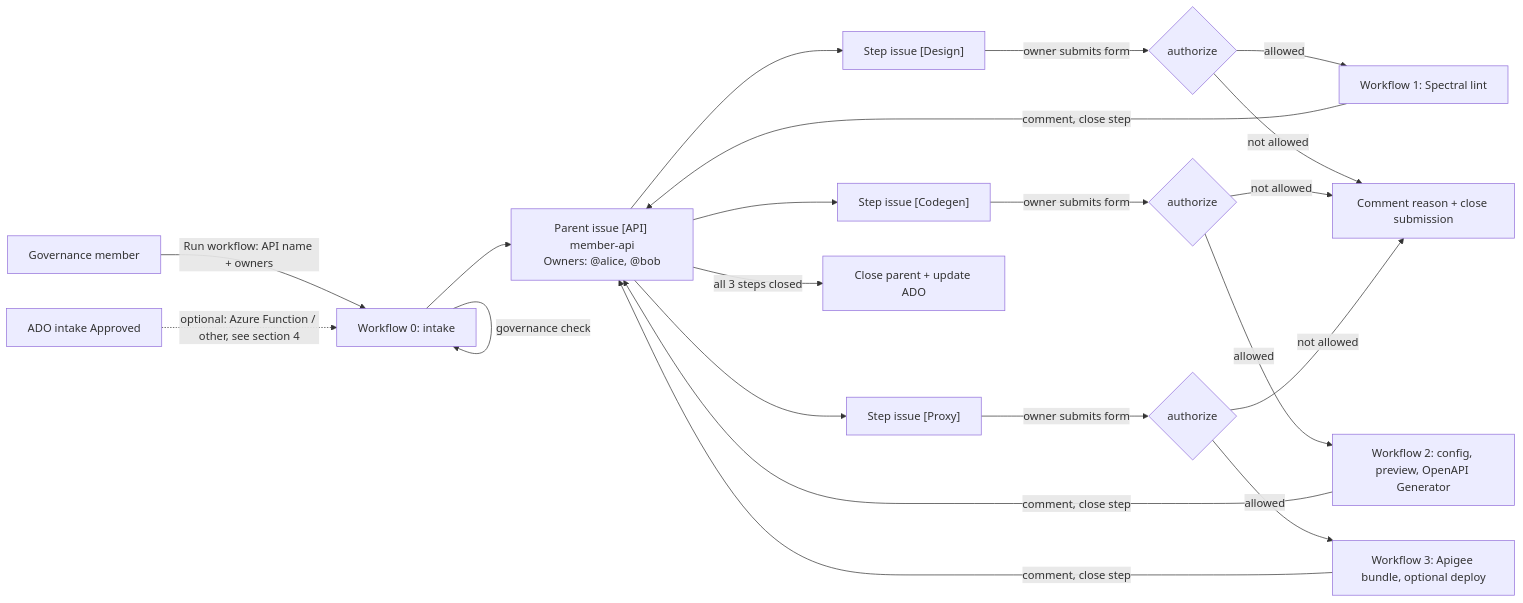
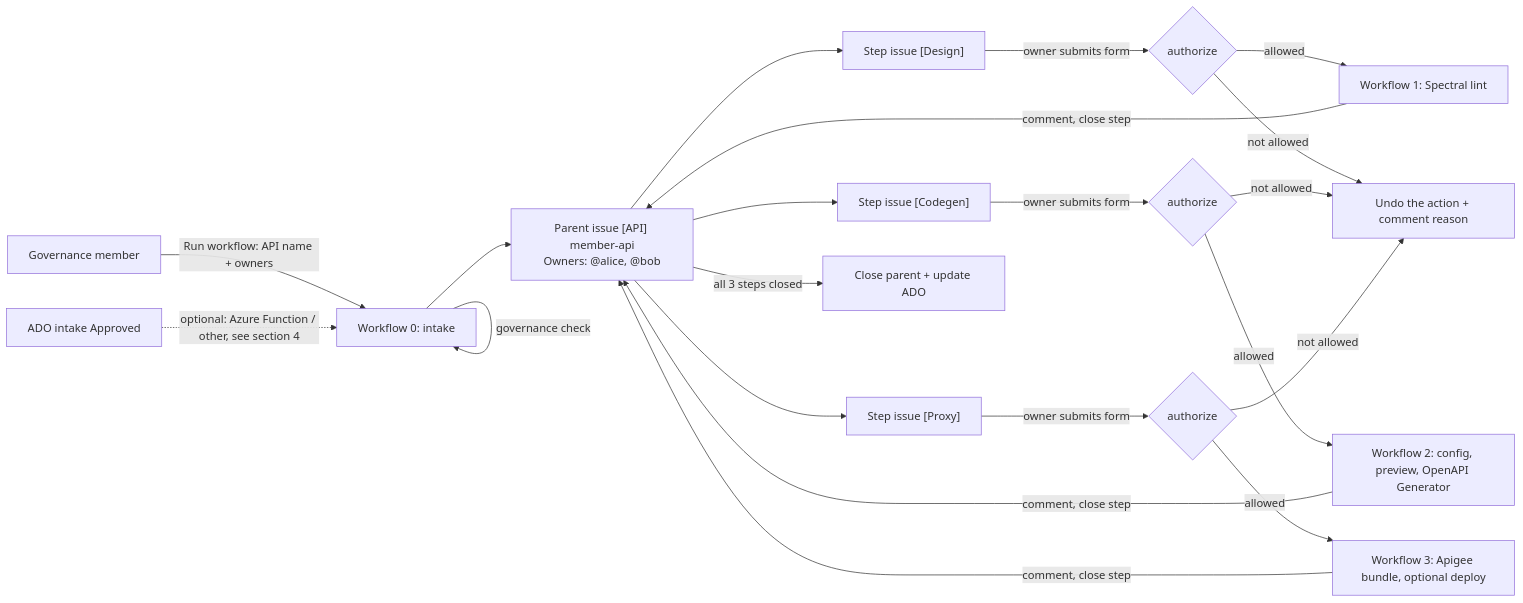
One commit to deepaksetiaorg/api-onboarding-poc changed the first of 2 diagrams in README.md. Above: the diagram before and after it, drawn with Mermaid. The commit also changed other lines of this file and 5 other files, not shown here.

Commit message:
Undo rejected edits/reopens instead of closing the owner's submission; rejected events can't cancel the owner's run

````diff
--- a/README.md
+++ b/README.md
@@ -37,19 +37,19 @@
 ```mermaid
 flowchart LR
     GOV[Governance member] -->|Run workflow: API name + owners| C[Workflow 0: intake]
     ADO[ADO intake Approved] -.->|optional: Azure Function / other, see section 4| C
     C -->|governance check| C
     C --> P["Parent issue [API] member-api<br/>Owners: @alice, @bob"]
     P --> D["Step issue [Design]"]
     P --> G["Step issue [Codegen]"]
     P --> X["Step issue [Proxy]"]
     D -->|owner submits form| A1{authorize}
     G -->|owner submits form| A2{authorize}
     X -->|owner submits form| A3{authorize}
     A1 -->|allowed| D1[Workflow 1: Spectral lint]
     A2 -->|allowed| G1[Workflow 2: config, preview, OpenAPI Generator]
     A3 -->|allowed| X1[Workflow 3: Apigee bundle, optional deploy]
-    A1 & A2 & A3 -->|not allowed| R[Comment reason + close submission]
+    A1 & A2 & A3 -->|not allowed| R[Undo the action + comment reason]
     D1 & G1 & X1 -->|comment, close step| P
     P -->|all 3 steps closed| Z[Close parent + update ADO]
 ```
````
